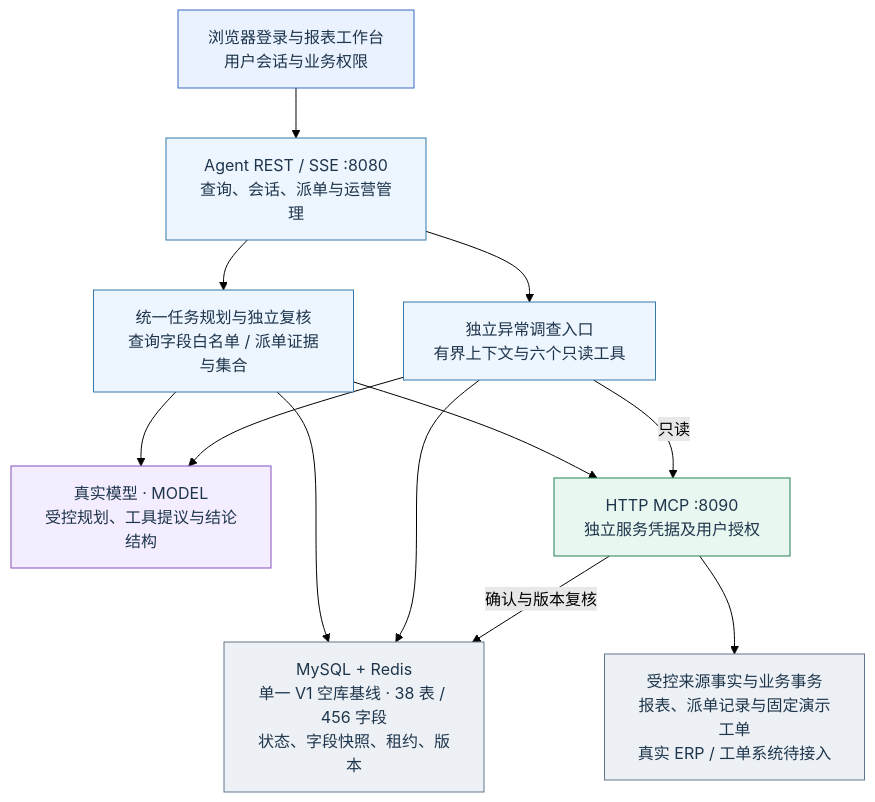
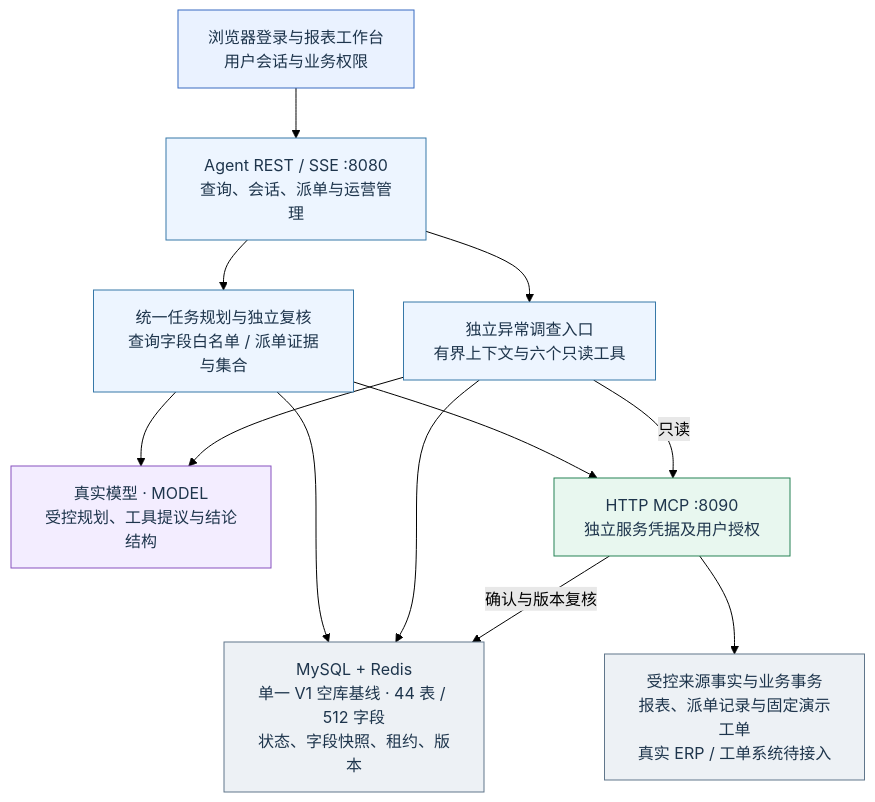
One commit to QSZJAVA/agent_demo changed the diagram in docs/diagrams/demo-final/01.mmd. Above: the diagram before and after it, drawn with Mermaid (forest theme). The commit also changed 249 other files, not shown here.

```diff
--- a/docs/diagrams/demo-final/01.mmd
+++ b/docs/diagrams/demo-final/01.mmd
@@ -1,27 +1,27 @@
 flowchart TD
   ui["浏览器登录与报表工作台<br/>用户会话与业务权限"]:::ui
   api["Agent REST / SSE :8080<br/>查询、会话、派单与运营管理"]:::agent
   model["真实模型 · MODEL<br/>受控规划、工具提议与结论结构"]:::model
   semantic["统一任务规划与独立复核<br/>查询字段白名单 / 派单证据与集合"]:::agent
   investigate["独立异常调查入口<br/>有界上下文与六个只读工具"]:::agent
-  state["MySQL + Redis<br/>单一 V1 空库基线 · 38 表 / 456 字段<br/>状态、字段快照、租约、版本"]:::store
+  state["MySQL + Redis<br/>单一 V1 空库基线 · 44 表 / 512 字段<br/>状态、字段快照、租约、版本"]:::store
   mcp["HTTP MCP :8090<br/>独立服务凭据及用户授权"]:::business
   source["受控来源事实与业务事务<br/>报表、派单记录与固定演示工单<br/>真实 ERP / 工单系统待接入"]:::store
   ui --> api
   api --> semantic
   api --> investigate
   semantic --> model
   investigate --> model
   semantic --> state
   investigate --> state
   semantic --> mcp
   investigate -->|"只读"| mcp
   mcp --> source
   mcp -->|"确认与版本复核"| state
   classDef ui fill:#eaf2ff,stroke:#386bc1,color:#1e354c
   classDef agent fill:#edf5ff,stroke:#3778a8,color:#1e354c
   classDef model fill:#f3edff,stroke:#8751bf,color:#1e354c
   classDef business fill:#e8f7ef,stroke:#268255,color:#1e354c
   classDef guard fill:#fff4dc,stroke:#b58022,color:#1e354c
   classDef error fill:#fff0ef,stroke:#ba534e,color:#1e354c
   classDef store fill:#edf1f5,stroke:#60768b,color:#1e354c
```
